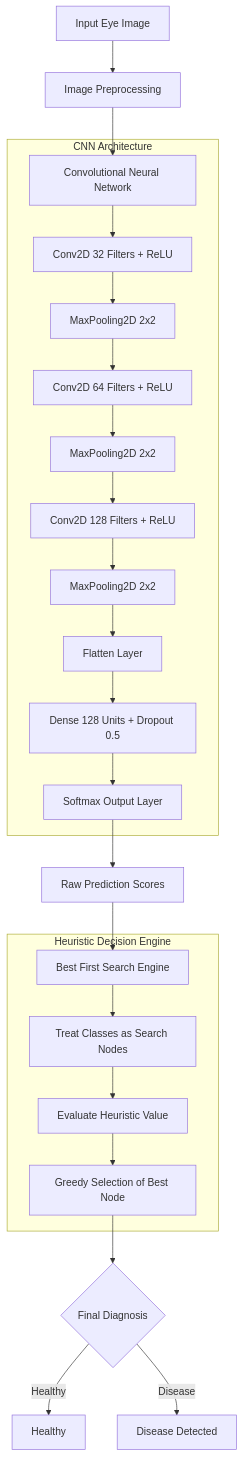
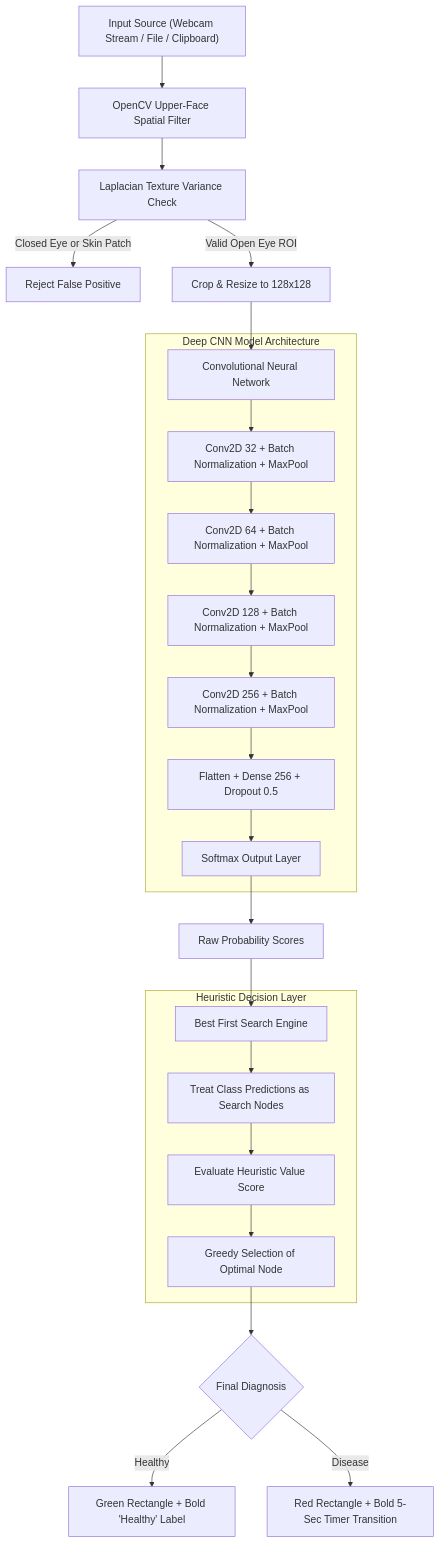
One commit to Hari-KD/Eye-Disease-detection-system changed the diagram in README.md. Above: the diagram before and after it, drawn with Mermaid. The commit also changed other lines of this file and 5 other files, not shown here.

Commit message:
Update web interface, retrained CNN model, eye detection filters, clipboard paste, and README documentation

````diff
--- a/README.md
+++ b/README.md
@@ -17,30 +17,31 @@
 ```mermaid
 flowchart TD
-    A["Input Eye Image"] --> B["Image Preprocessing"]
-    B --> C["Convolutional Neural Network"]
-
-    subgraph CNN["CNN Architecture"]
-        C --> D["Conv2D 32 Filters + ReLU"]
-        D --> E["MaxPooling2D 2x2"]
-        E --> F["Conv2D 64 Filters + ReLU"]
-        F --> G["MaxPooling2D 2x2"]
-        G --> H["Conv2D 128 Filters + ReLU"]
-        H --> I["MaxPooling2D 2x2"]
-        I --> J["Flatten Layer"]
-        J --> K["Dense 128 Units + Dropout 0.5"]
+    A["Input Source (Webcam Stream / File / Clipboard)"] --> B["OpenCV Upper-Face Spatial Filter"]
+    B --> C["Laplacian Texture Variance Check"]
+    C -->|Closed Eye or Skin Patch| D["Reject False Positive"]
+    C -->|Valid Open Eye ROI| E["Crop & Resize to 128x128"]
+    
+    E --> F["Convolutional Neural Network"]
+    
+    subgraph CNN["Deep CNN Model Architecture"]
+        F --> G["Conv2D 32 + Batch Normalization + MaxPool"]
+        G --> H["Conv2D 64 + Batch Normalization + MaxPool"]
+        H --> I["Conv2D 128 + Batch Normalization + MaxPool"]
+        I --> J["Conv2D 256 + Batch Normalization + MaxPool"]
+        J --> K["Flatten + Dense 256 + Dropout 0.5"]
         K --> L["Softmax Output Layer"]
     end
 
-    L --> M["Raw Prediction Scores"]
+    L --> M["Raw Probability Scores"]
     M --> N["Best First Search Engine"]
 
-    subgraph BFS["Heuristic Decision Engine"]
-        N --> O["Treat Classes as Search Nodes"]
-        O --> P["Evaluate Heuristic Value"]
-        P --> Q["Greedy Selection of Best Node"]
+    subgraph BFS["Heuristic Decision Layer"]
+        N --> O["Treat Class Predictions as Search Nodes"]
+        O --> P["Evaluate Heuristic Value Score"]
+        P --> Q["Greedy Selection of Optimal Node"]
     end
 
     Q --> R{"Final Diagnosis"}
-    R -->|Healthy| S["Healthy"]
-    R -->|Disease| T["Disease Detected"]
+    R -->|Healthy| S["Green Rectangle + Bold 'Healthy' Label"]
+    R -->|Disease| T["Red Rectangle + Bold 5-Sec Timer Transition"]
 ```
````
